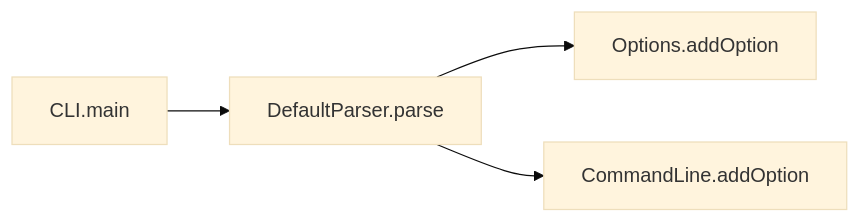
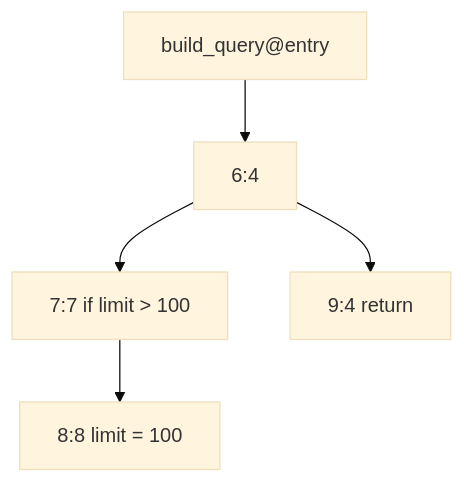
One commit to codellm-devkit/docs changed the third of 5 diagrams in src/content/docs/guides/concepts.mdx. Above: the diagram before and after it, drawn with Mermaid (base theme). The commit also changed other lines of this file and 22 other files, not shown here.

````diff
--- a/src/content/docs/guides/concepts.mdx
+++ b/src/content/docs/guides/concepts.mdx
@@ -74,6 +234,7 @@
 ```mermaid
-flowchart LR
-    A["CLI.main"] --> B["DefaultParser.parse"]
-    B --> C["Options.addOption"]
-    B --> D["CommandLine.addOption"]
+flowchart TD
+    E["build_query@entry"] --> N6["6:4"]
+    N6 --> N7["7:7 if limit &gt; 100"]
+    N6 --> N9["9:4 return"]
+    N7 --> N8["8:8 limit = 100"]
 ```
````
